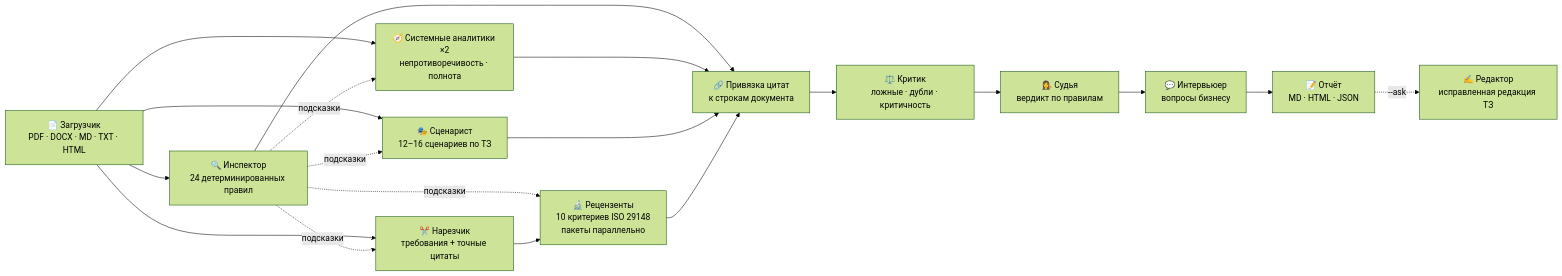
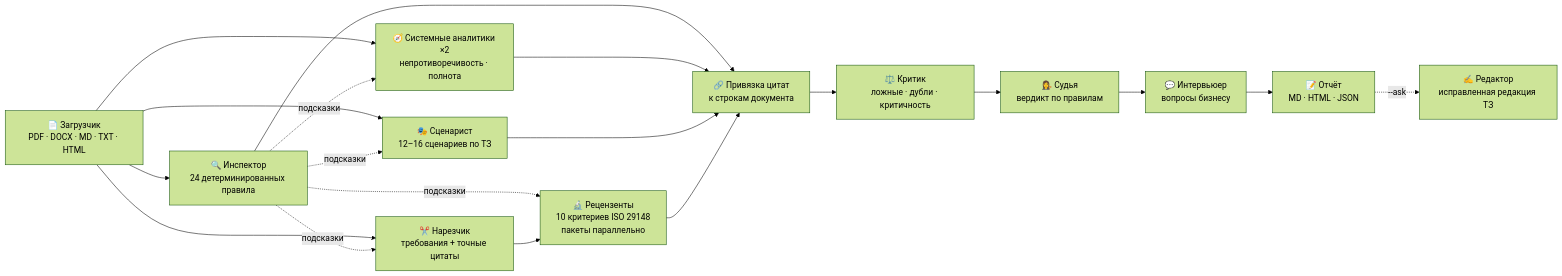
Before and after one commit to khusrav11/solohive: the diagram in README.md, drawn with Mermaid (forest theme). The commit also changed other lines of this file, not shown here.

Commit message:
README: склонение числа правил

````diff
--- a/README.md
+++ b/README.md
@@ -109,18 +109,18 @@
 ```mermaid
 flowchart LR
-    A["📄 Загрузчик<br/>PDF · DOCX · MD · TXT · HTML"] --> B["🔍 Инспектор<br/>24 детерминированных правил"]
+    A["📄 Загрузчик<br/>PDF · DOCX · MD · TXT · HTML"] --> B["🔍 Инспектор<br/>24 детерминированных правила"]
     A --> C["✂️ Нарезчик<br/>требования + точные цитаты"]
     A --> D["🧭 Системные аналитики ×2<br/>непротиворечивость · полнота"]
     A --> S["🎭 Сценарист<br/>12–16 сценариев по ТЗ"]
     B -. подсказки .-> C & D & S & E
     C --> E["🔬 Рецензенты<br/>10 критериев ISO 29148<br/>пакеты параллельно"]
     B --> F["🔗 Привязка цитат<br/>к строкам документа"]
     D --> F
     S --> F
     E --> F
     F --> G["⚖️ Критик<br/>ложные · дубли · критичность"]
     G --> H["👩‍⚖️ Судья<br/>вердикт по правилам"]
     H --> I["💬 Интервьюер<br/>вопросы бизнесу"]
     I --> J["📝 Отчёт<br/>MD · HTML · JSON"]
     J -. "--ask" .-> K["✍️ Редактор<br/>исправленная редакция ТЗ"]
 ```
````
